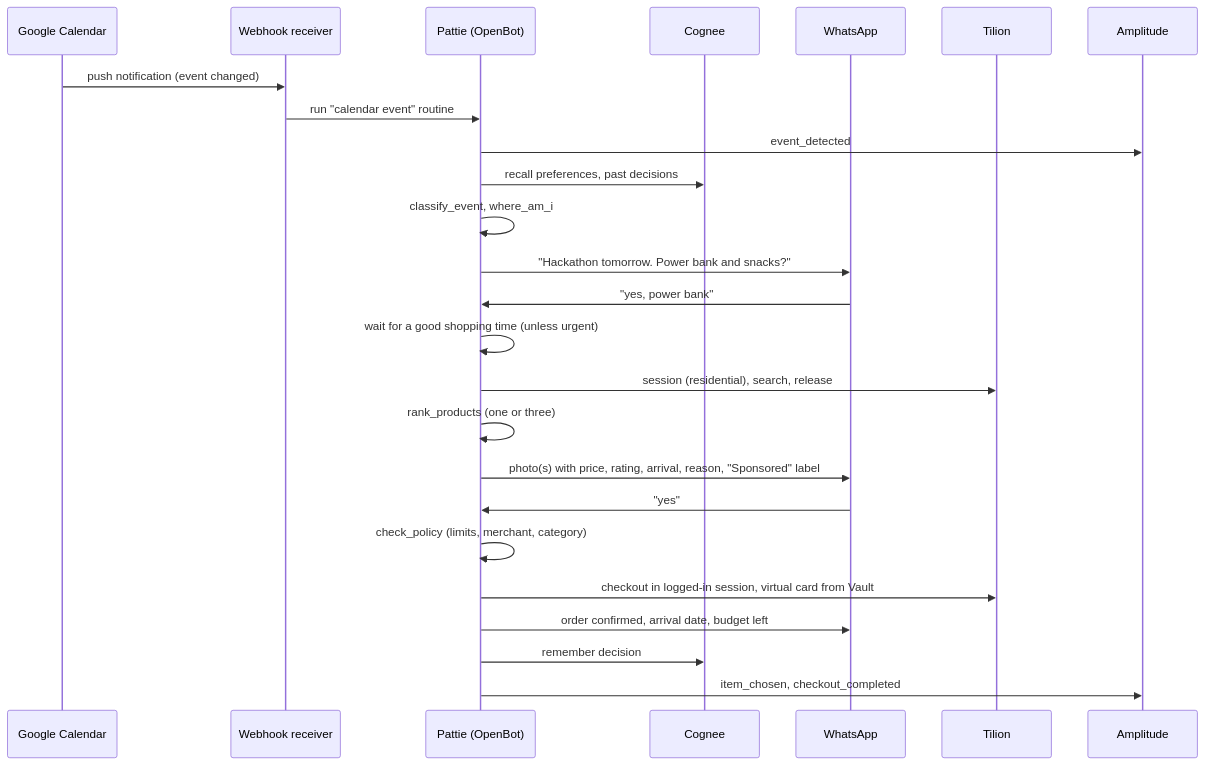
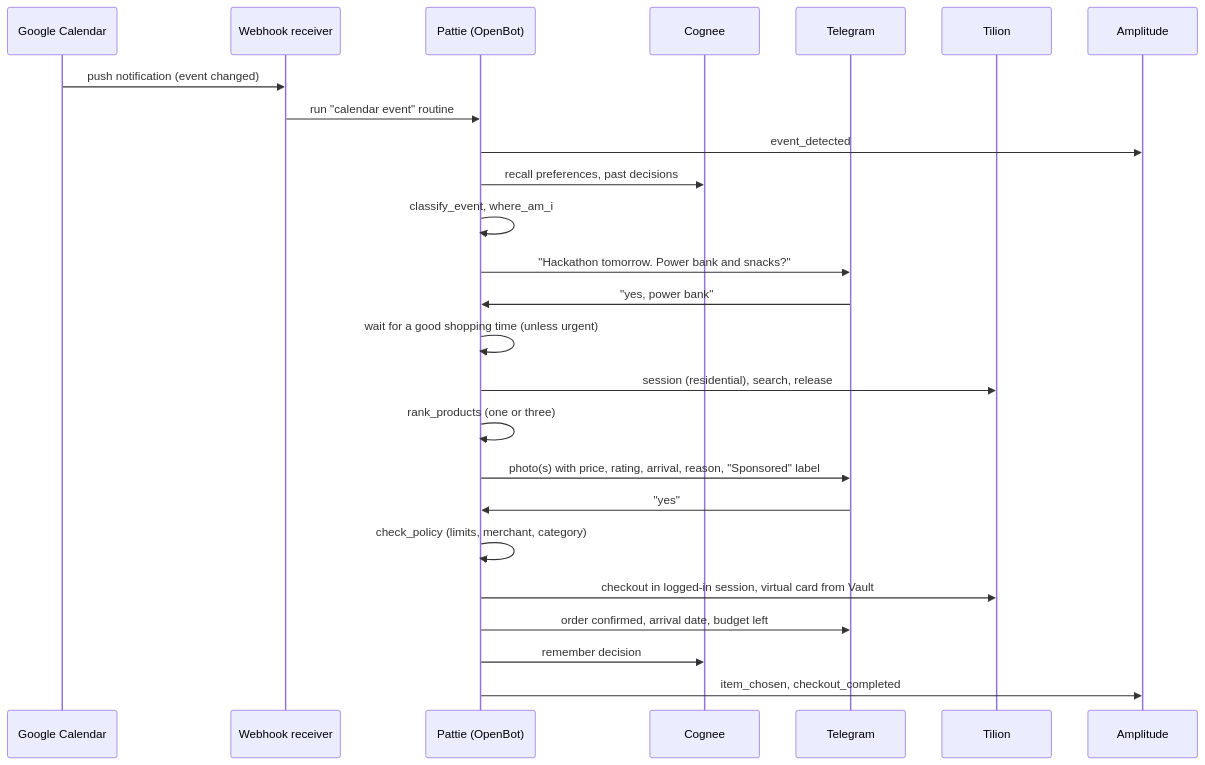
Before and after one commit to kolumba-ai/Pattie-shopping-agent: the second of 2 diagrams in docs/ARCHITECTURE.md, drawn with Mermaid. The commit also changed other lines of this file and 2 other files, not shown here.

First line of the commit message:
Back to Telegram; keep WhatsApp as a later option

````diff
--- a/docs/ARCHITECTURE.md
+++ b/docs/ARCHITECTURE.md
@@ -358,28 +359,28 @@
 ```mermaid
 sequenceDiagram
     participant GC as Google Calendar
     participant HK as Webhook receiver
     participant AG as Pattie (OpenBot)
     participant CG as Cognee
-    participant WA as WhatsApp
+    participant TG as Telegram
     participant TL as Tilion
     participant AM as Amplitude
 
     GC->>HK: push notification (event changed)
     HK->>AG: run "calendar event" routine
     AG->>AM: event_detected
     AG->>CG: recall preferences, past decisions
     AG->>AG: classify_event, where_am_i
-    AG->>WA: "Hackathon tomorrow. Power bank and snacks?"
-    WA->>AG: "yes, power bank"
+    AG->>TG: "Hackathon tomorrow. Power bank and snacks?"
+    TG->>AG: "yes, power bank"
     AG->>AG: wait for a good shopping time (unless urgent)
     AG->>TL: session (residential), search, release
     AG->>AG: rank_products (one or three)
-    AG->>WA: photo(s) with price, rating, arrival, reason, "Sponsored" label
-    WA->>AG: "yes"
+    AG->>TG: photo(s) with price, rating, arrival, reason, "Sponsored" label
+    TG->>AG: "yes"
     AG->>AG: check_policy (limits, merchant, category)
     AG->>TL: checkout in logged-in session, virtual card from Vault
-    AG->>WA: order confirmed, arrival date, budget left
+    AG->>TG: order confirmed, arrival date, budget left
     AG->>CG: remember decision
     AG->>AM: item_chosen, checkout_completed
 ```
````
